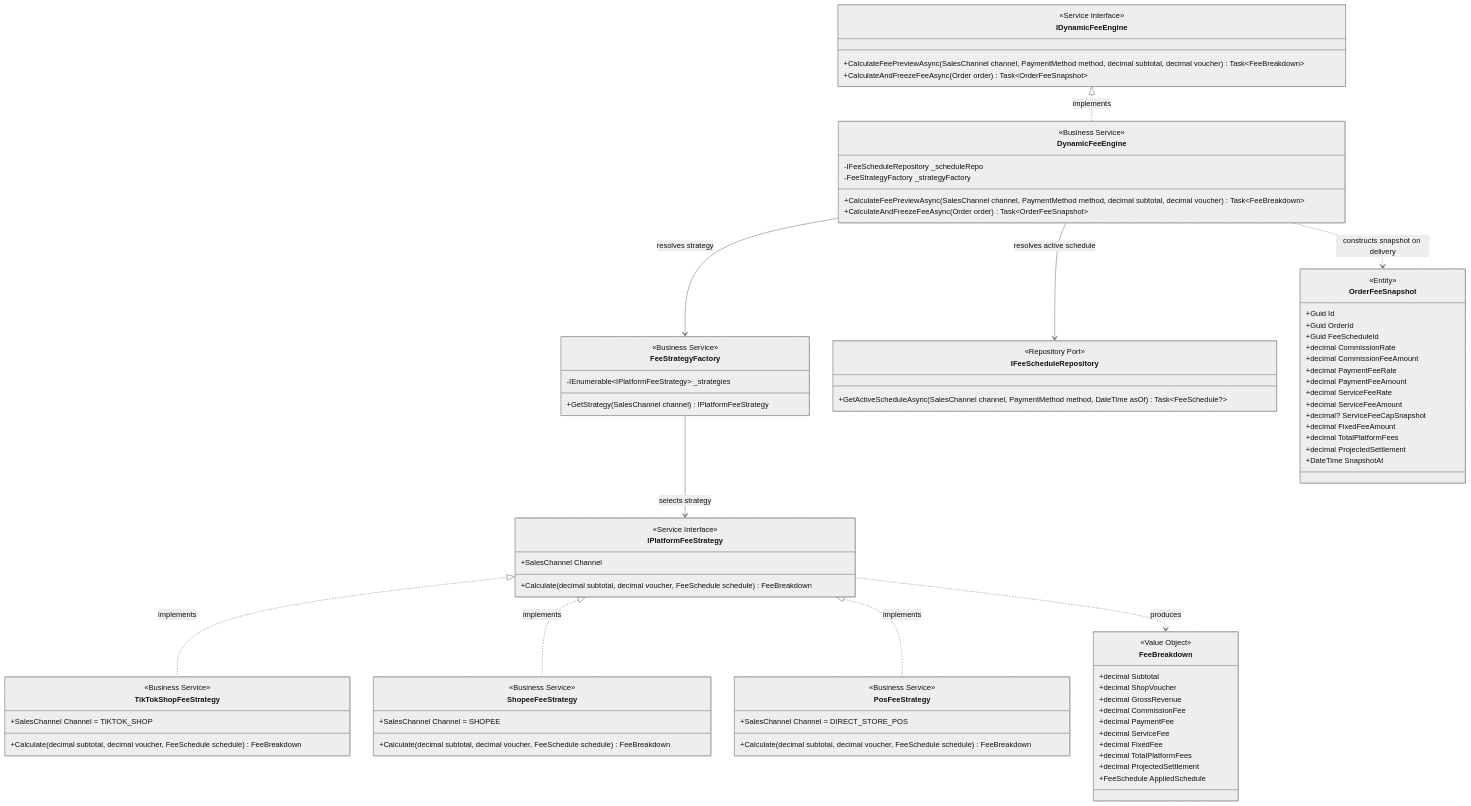
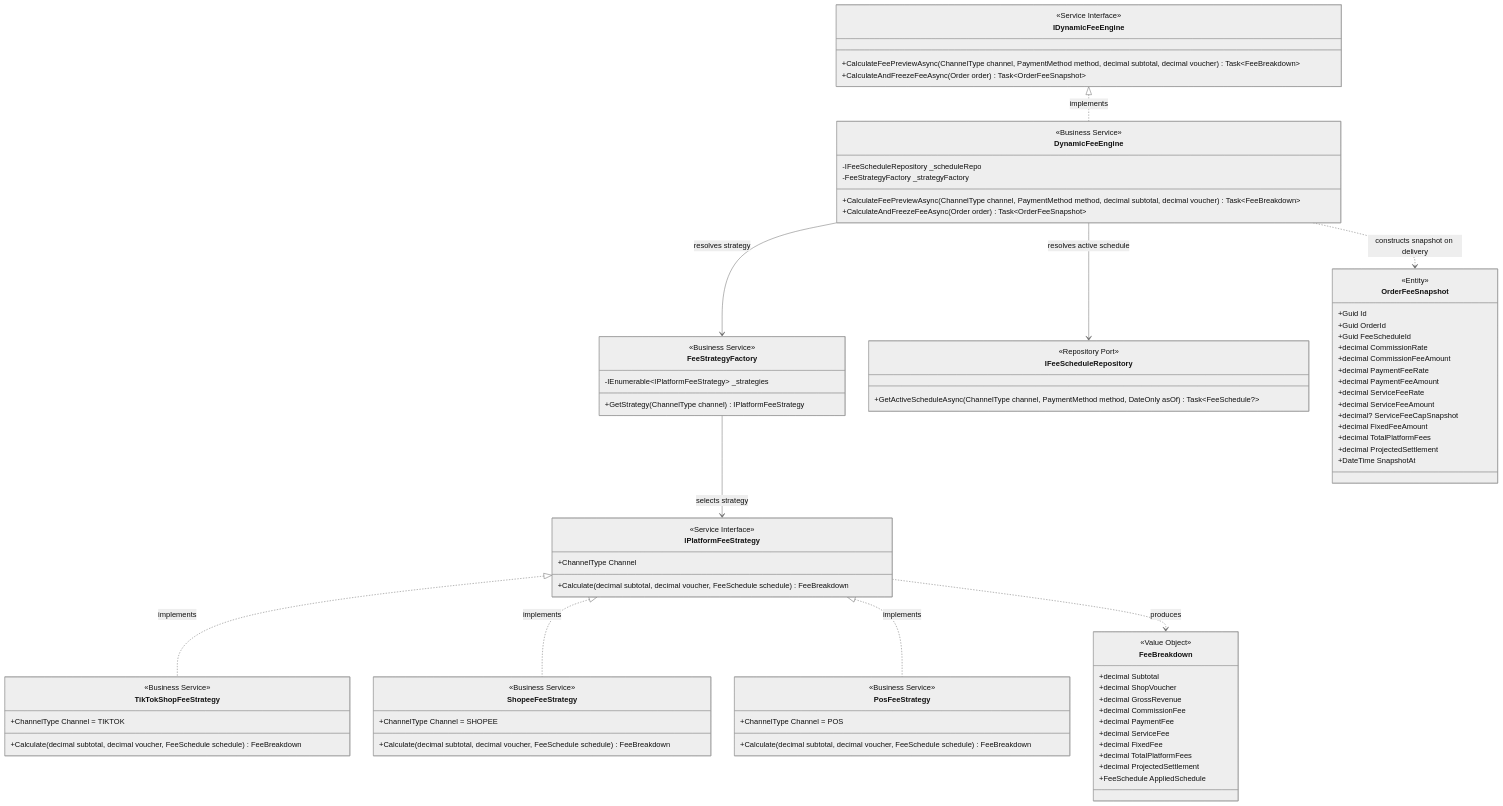
Before and after one commit to duchoa0405/Quanly_DoanhThu_LoiNhuan_DangDucHoa_VSF: the second of 3 diagrams in docs/architecture/class_diagram_orders_fee_engine_en.md, drawn with Mermaid (neutral theme). The commit also changed other lines of this file and 5 other files, not shown here.

Commit message:
docs: align class diagrams with canonical contracts

```diff
--- a/docs/architecture/class_diagram_orders_fee_engine_en.md
+++ b/docs/architecture/class_diagram_orders_fee_engine_en.md
@@ -256,7 +269,7 @@
 
     class IDynamicFeeEngine {
         <<Service Interface>>
-        +CalculateFeePreviewAsync(SalesChannel channel, PaymentMethod method, decimal subtotal, decimal voucher) Task~FeeBreakdown~
+        +CalculateFeePreviewAsync(ChannelType channel, PaymentMethod method, decimal subtotal, decimal voucher) Task~FeeBreakdown~
         +CalculateAndFreezeFeeAsync(Order order) Task~OrderFeeSnapshot~
     }
 
@@ -264,43 +277,43 @@
         <<Business Service>>
         -IFeeScheduleRepository _scheduleRepo
         -FeeStrategyFactory _strategyFactory
-        +CalculateFeePreviewAsync(SalesChannel channel, PaymentMethod method, decimal subtotal, decimal voucher) Task~FeeBreakdown~
+        +CalculateFeePreviewAsync(ChannelType channel, PaymentMethod method, decimal subtotal, decimal voucher) Task~FeeBreakdown~
         +CalculateAndFreezeFeeAsync(Order order) Task~OrderFeeSnapshot~
     }
 
     class FeeStrategyFactory {
         <<Business Service>>
         -IEnumerable~IPlatformFeeStrategy~ _strategies
-        +GetStrategy(SalesChannel channel) IPlatformFeeStrategy
+        +GetStrategy(ChannelType channel) IPlatformFeeStrategy
     }
 
     class IPlatformFeeStrategy {
         <<Service Interface>>
-        +SalesChannel Channel
+        +ChannelType Channel
         +Calculate(decimal subtotal, decimal voucher, FeeSchedule schedule) FeeBreakdown
     }
 
     class TikTokShopFeeStrategy {
         <<Business Service>>
-        +SalesChannel Channel = TIKTOK_SHOP
+        +ChannelType Channel = TIKTOK
         +Calculate(decimal subtotal, decimal voucher, FeeSchedule schedule) FeeBreakdown
     }
 
     class ShopeeFeeStrategy {
         <<Business Service>>
-        +SalesChannel Channel = SHOPEE
+        +ChannelType Channel = SHOPEE
         +Calculate(decimal subtotal, decimal voucher, FeeSchedule schedule) FeeBreakdown
     }
 
     class PosFeeStrategy {
         <<Business Service>>
-        +SalesChannel Channel = DIRECT_STORE_POS
+        +ChannelType Channel = POS
         +Calculate(decimal subtotal, decimal voucher, FeeSchedule schedule) FeeBreakdown
     }
 
     class IFeeScheduleRepository {
         <<Repository Port>>
-        +GetActiveScheduleAsync(SalesChannel channel, PaymentMethod method, DateTime asOf) Task~FeeSchedule?~
+        +GetActiveScheduleAsync(ChannelType channel, PaymentMethod method, DateOnly asOf) Task~FeeSchedule?~
     }
 
     class FeeBreakdown {
```
